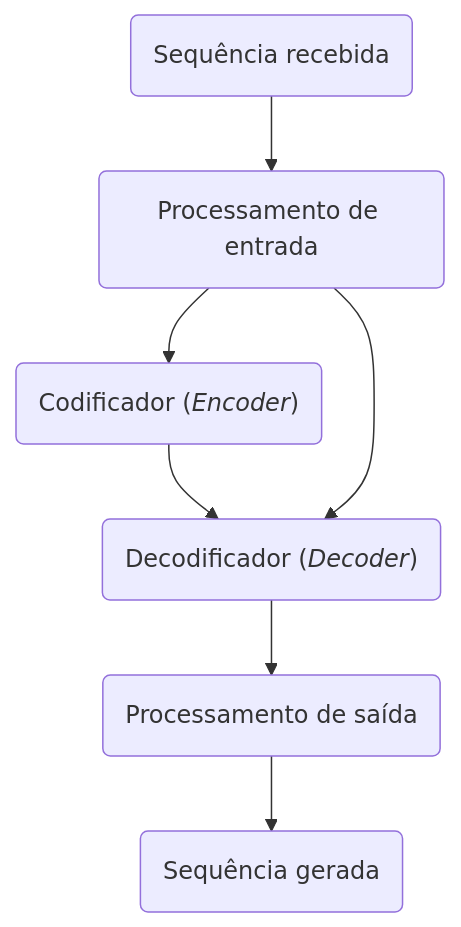
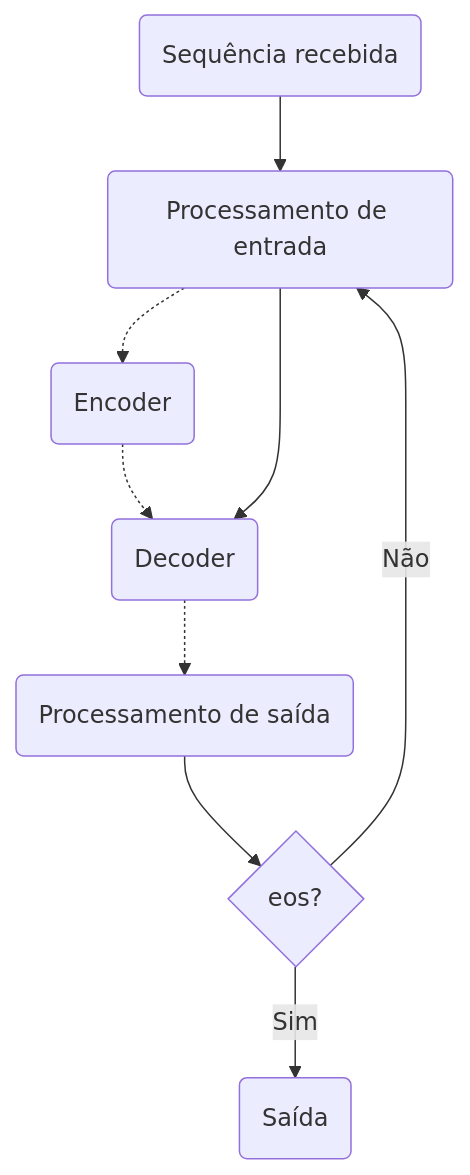
One commit to eshiraishi/eshiraishi.github.io changed the first of 7 diagrams in src/content/posts/transformers.md. Above: the diagram before and after it, drawn with Mermaid. The commit also changed other lines of this file, not shown here.

````diff
--- a/src/content/posts/transformers.md
+++ b/src/content/posts/transformers.md
@@ -739,7 +1036,14 @@
 ```mermaid
 flowchart
-    input(Sequência recebida) --> inputProcessing(Processamento de entrada)
-    inputProcessing --> encoder("`Codificador (*Encoder*)`") --> decoder("`Decodificador (*Decoder*)`") --> outputProcessing(Processamento de saída)
+    direction TB
+    input(Sequência recebida)
+    inputProcessing(Processamento de entrada)
+    encoder("Encoder") 
+    decoder("Decoder")
+    outputProcessing(Processamento de saída)
+    conditional{"`eos?`"}
+    input --> inputProcessing -.-> encoder -.-> decoder -.-> outputProcessing
     inputProcessing --> decoder
-    outputProcessing --> output(Sequência gerada)
+    outputProcessing --> conditional -- Não --> inputProcessing
+    conditional -- Sim --> output(Saída)
 ```
````
